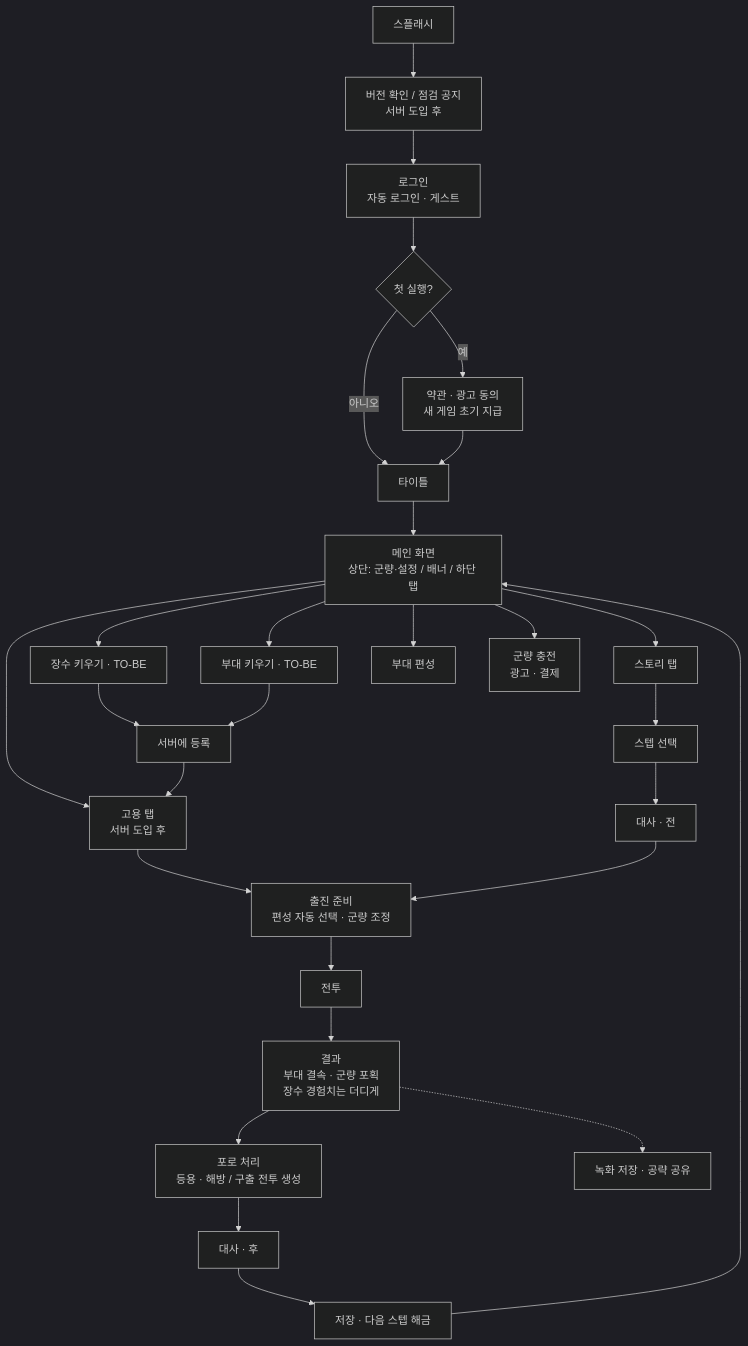
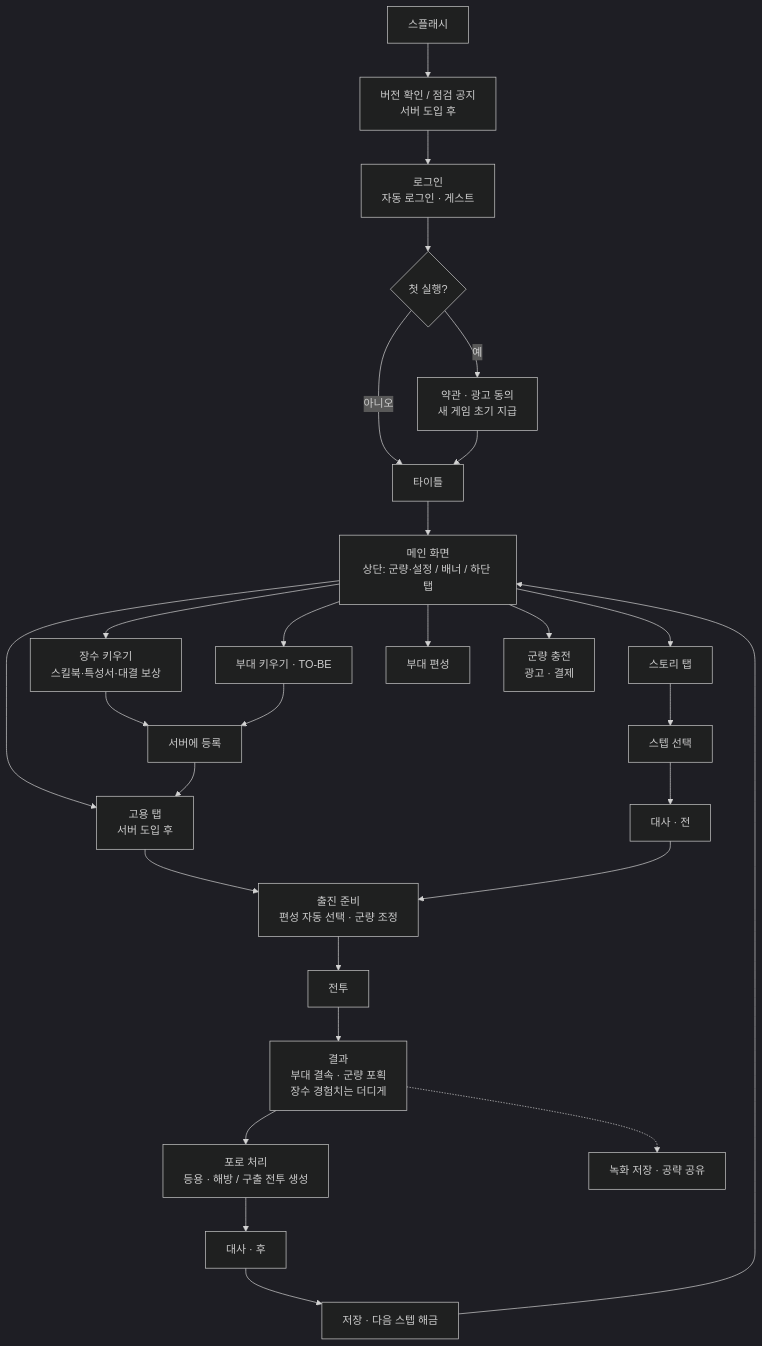
Before and after one commit to kimhanggyun/my-project-sample: the diagram in docs/design/flow.md, drawn with Mermaid (dark theme). The commit also changed other lines of this file and 8 other files, not shown here.

````diff
--- a/docs/design/flow.md
+++ b/docs/design/flow.md
@@ -11,32 +11,32 @@
 ```mermaid
 flowchart TD
     A[스플래시] --> B[버전 확인 / 점검 공지<br/>서버 도입 후]
     B --> C[로그인<br/>자동 로그인 · 게스트]
     C --> D{첫 실행?}
     D -- 예 --> E[약관 · 광고 동의<br/>새 게임 초기 지급]
     D -- 아니오 --> F[타이틀]
     E --> F
     F --> G[메인 화면<br/>상단: 군량·설정 / 배너 / 하단 탭]
 
     G --> T1[스토리 탭]
-    G --> T2[장수 키우기 · TO-BE]
+    G --> T2[장수 키우기<br/>스킬북·특성서·대결 보상]
     G --> T3[부대 키우기 · TO-BE]
     G --> T4[부대 편성]
     G --> T5[군량 충전<br/>광고 · 결제]
     G --> T6[고용 탭<br/>서버 도입 후]
     T2 --> R[서버에 등록]
     T3 --> R
     R --> T6
     T6 --> S3
 
     T1 --> S1[스텝 선택]
     S1 --> S2[대사 · 전]
     S2 --> S3[출진 준비<br/>편성 자동 선택 · 군량 조정]
     S3 --> S4[전투]
     S4 --> S5[결과<br/>부대 결속 · 군량 포획<br/>장수 경험치는 더디게]
     S5 --> S6[포로 처리<br/>등용 · 해방 / 구출 전투 생성]
     S5 -.-> RP[녹화 저장 · 공략 공유]
     S6 --> S7[대사 · 후]
     S7 --> S8[저장 · 다음 스텝 해금]
     S8 --> G
 ```
````
